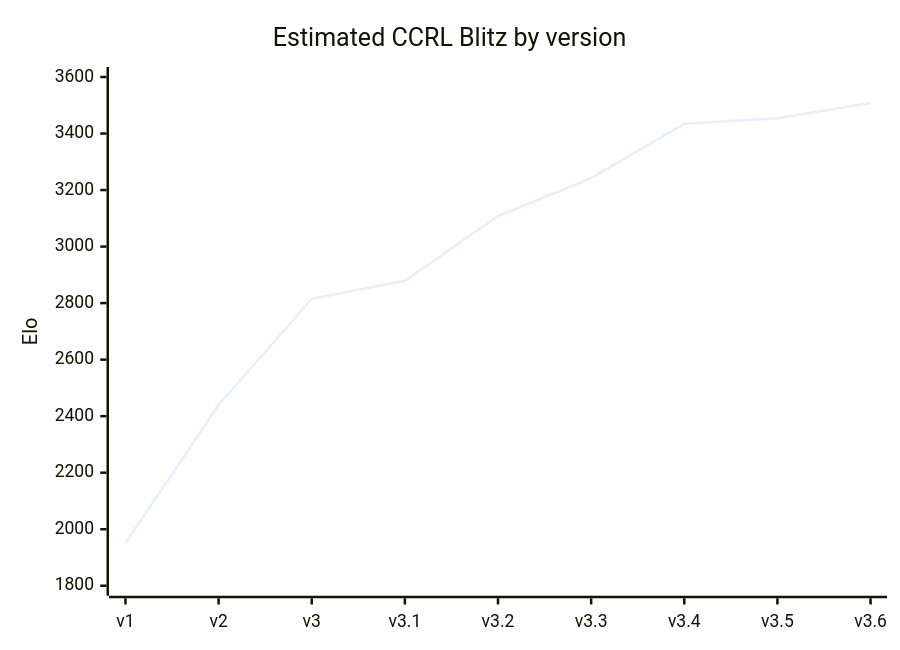
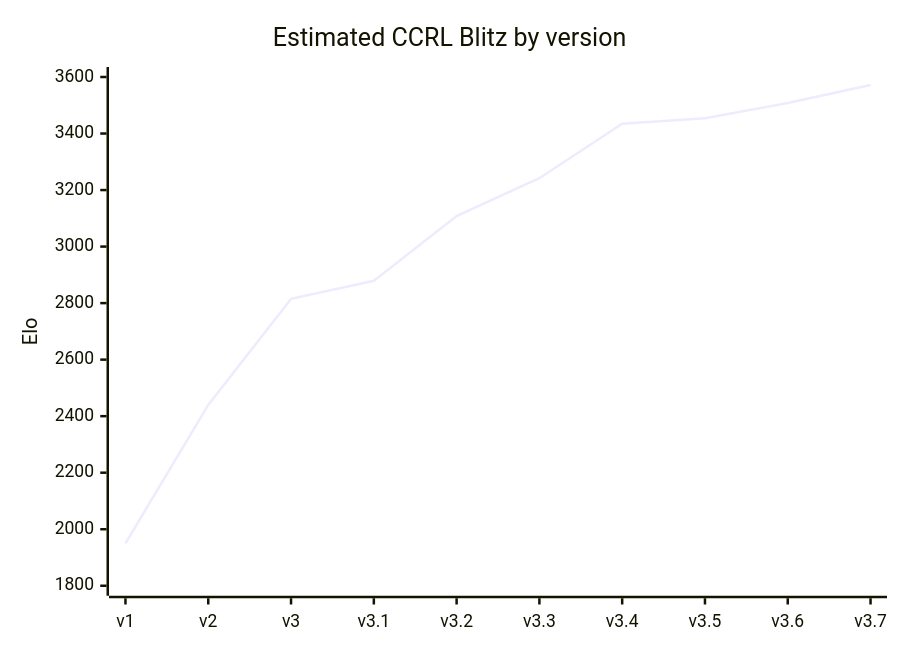
Before and after one commit to ComputecOrg/caipora: the first of 2 diagrams in README.md, drawn with Mermaid. The commit also changed other lines of this file and 4 other files, not shown here.

````diff
--- a/README.md
+++ b/README.md
@@ -45,7 +45,7 @@
 ```mermaid
 xychart-beta
     title "Estimated CCRL Blitz by version"
-    x-axis ["v1", "v2", "v3", "v3.1", "v3.2", "v3.3", "v3.4", "v3.5", "v3.6"]
+    x-axis ["v1", "v2", "v3", "v3.1", "v3.2", "v3.3", "v3.4", "v3.5", "v3.6", "v3.7"]
     y-axis "Elo" 1800 --> 3600
-    line [1950, 2440, 2815, 2879, 3108, 3242, 3435, 3454, 3508]
+    line [1950, 2440, 2815, 2879, 3108, 3242, 3435, 3454, 3508, 3572]
 ```
````
